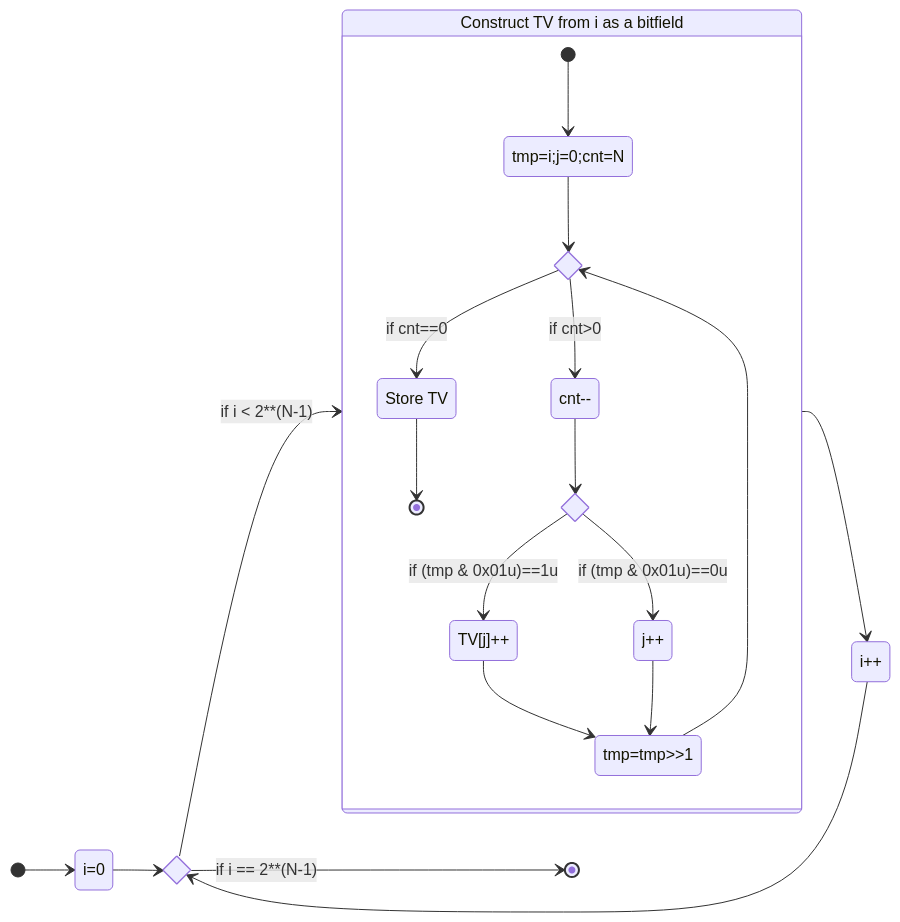
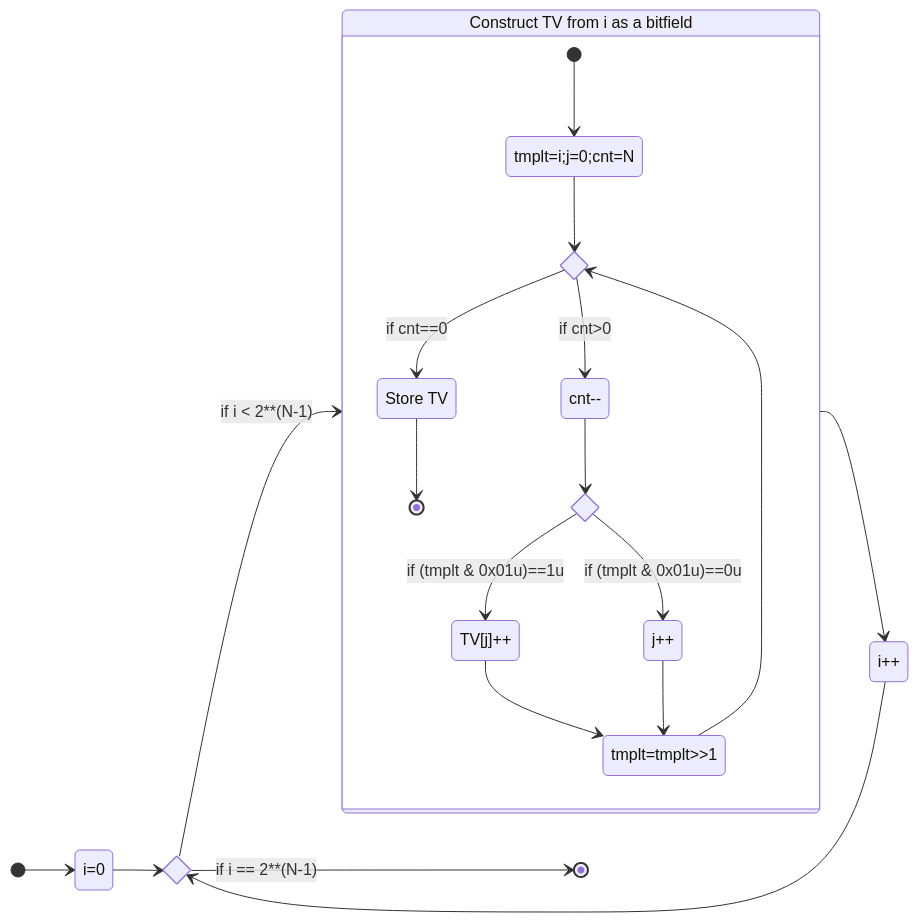
One commit to Joecstarr/joe-starr.com changed the first of 5 diagrams in content/speaking/research/comp_talk/index.md. Above: the diagram before and after it, drawn with Mermaid. The commit also changed other lines of this file and 7 other files, not shown here.

````diff
--- a/content/speaking/research/comp_talk/index.md
+++ b/content/speaking/research/comp_talk/index.md
@@ -580,39 +609,37 @@
 ```mermaid
 stateDiagram-v2
     direction LR
 
     state if_done <<choice>>
     State_i: i=0
     State_ipp: i++
     state "Construct TV from i as a bitfield" as tv_calc{
-        state "tmp=i;j=0;cnt=N" as State_temp
+        state "tmplt=i;j=0;cnt=N" as State_temp
         State_jpp: j++
         State_cntmm: cnt--
         State_sum_tv: TV[j]++
-        State_rsh: tmp=tmp>>1
+        State_rsh: tmplt=tmplt>>1
         state if_lsb <<choice>>
         state if_cnteo <<choice>>
         State_store_tv: Store TV
 
         [*] --> State_temp
         State_temp --> if_cnteo
         if_cnteo--> State_cntmm: if cnt>0
         if_cnteo--> State_store_tv: if cnt==0
         State_store_tv --> [*]
 
         State_cntmm -->if_lsb
-        if_lsb -->State_sum_tv: if (tmp & 0x01u)==1u
+        if_lsb -->State_sum_tv: if (tmplt & 0x01u)==1u
         State_sum_tv --> State_rsh
-        if_lsb -->State_jpp: if (tmp & 0x01u)==0u
+        if_lsb -->State_jpp: if (tmplt & 0x01u)==0u
         State_jpp --> State_rsh
         State_rsh --> if_cnteo
     }
     [*] --> State_i
     State_i --> if_done
     if_done --> tv_calc: if i < 2**(N-1)
     tv_calc --> State_ipp
     State_ipp --> if_done
     if_done --> [*]: if i == 2**(N-1)
-
-
 ```
````
